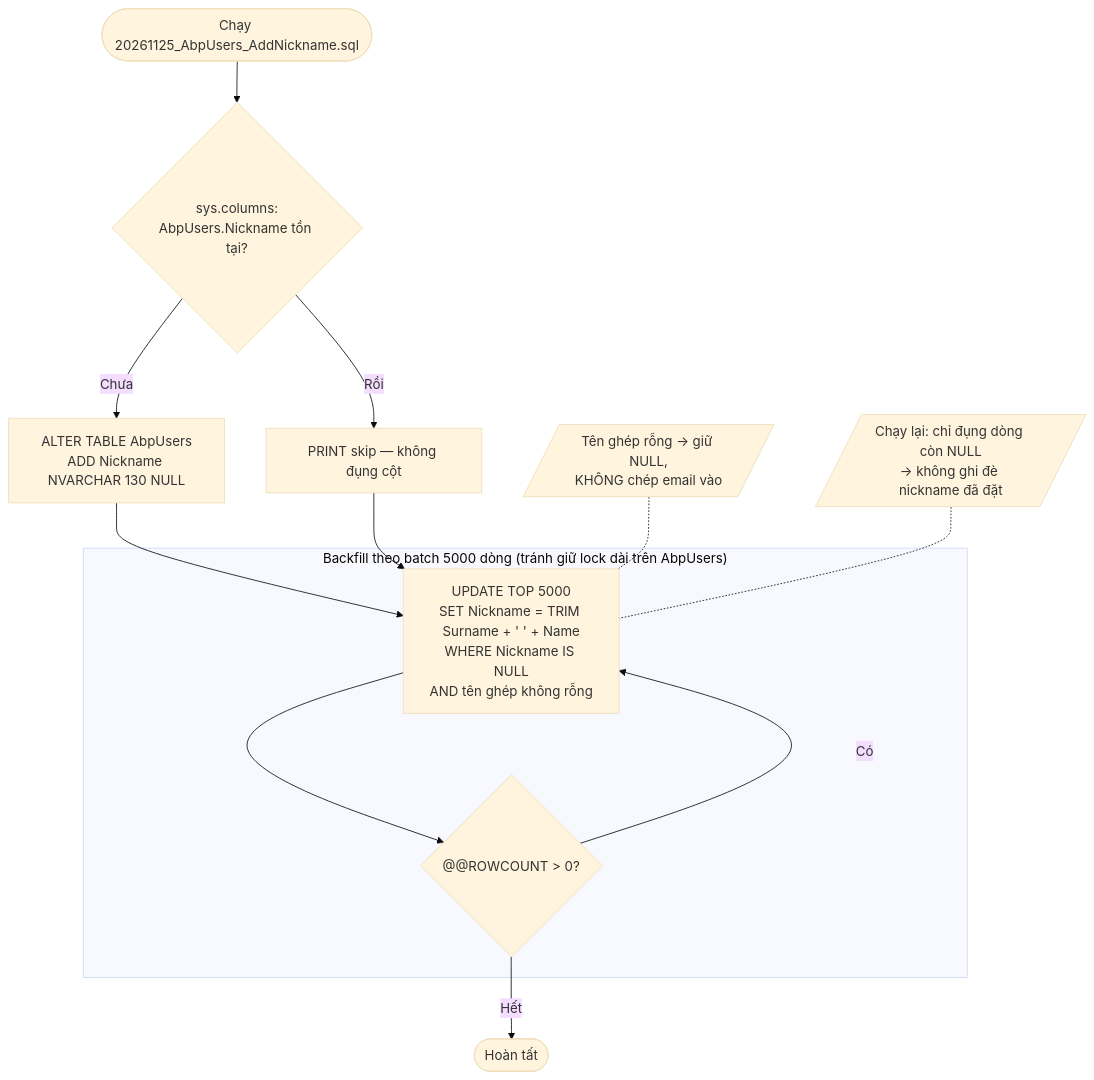
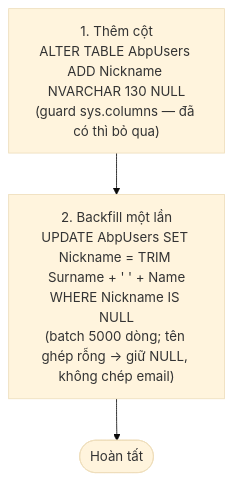
One commit to riddle-bash/tak12-eduhub-consent-flow changed the second of 2 diagrams in user-nickname-migration.md. Above: the diagram before and after it, drawn with Mermaid (base theme). The commit also changed other lines of this file, not shown here.

````diff
--- a/user-nickname-migration.md
+++ b/user-nickname-migration.md
@@ -43,18 +42,6 @@
 ```mermaid
 flowchart TD
-    START([Chạy 20261125_AbpUsers_AddNickname.sql]) --> CHK{sys.columns:<br/>AbpUsers.Nickname tồn tại?}
-    CHK -->|Chưa| ADD[ALTER TABLE AbpUsers<br/>ADD Nickname NVARCHAR 130 NULL]
-    CHK -->|Rồi| SKIP[PRINT skip — không đụng cột]
-    ADD --> BF
-    SKIP --> BF
-
-    subgraph Backfill["Backfill theo batch 5000 dòng (tránh giữ lock dài trên AbpUsers)"]
-        BF[UPDATE TOP 5000<br/>SET Nickname = TRIM Surname + ' ' + Name<br/>WHERE Nickname IS NULL<br/>AND tên ghép không rỗng] --> MORE{"@@ROWCOUNT > 0?"}
-        MORE -->|Có| BF
-    end
-
-    MORE -->|Hết| DONE([Hoàn tất])
-
-    NOTE1[/"Tên ghép rỗng → giữ NULL,<br/>KHÔNG chép email vào"/] -.- BF
-    NOTE2[/"Chạy lại: chỉ đụng dòng còn NULL<br/>→ không ghi đè nickname đã đặt"/] -.- BF
+    S1["1. Thêm cột<br/>ALTER TABLE AbpUsers ADD Nickname NVARCHAR 130 NULL<br/>(guard sys.columns — đã có thì bỏ qua)"]
+    S2["2. Backfill một lần<br/>UPDATE AbpUsers SET Nickname = TRIM Surname + ' ' + Name<br/>WHERE Nickname IS NULL<br/>(batch 5000 dòng; tên ghép rỗng → giữ NULL, không chép email)"]
+    S1 --> S2 --> DONE([Hoàn tất])
 ```
````
